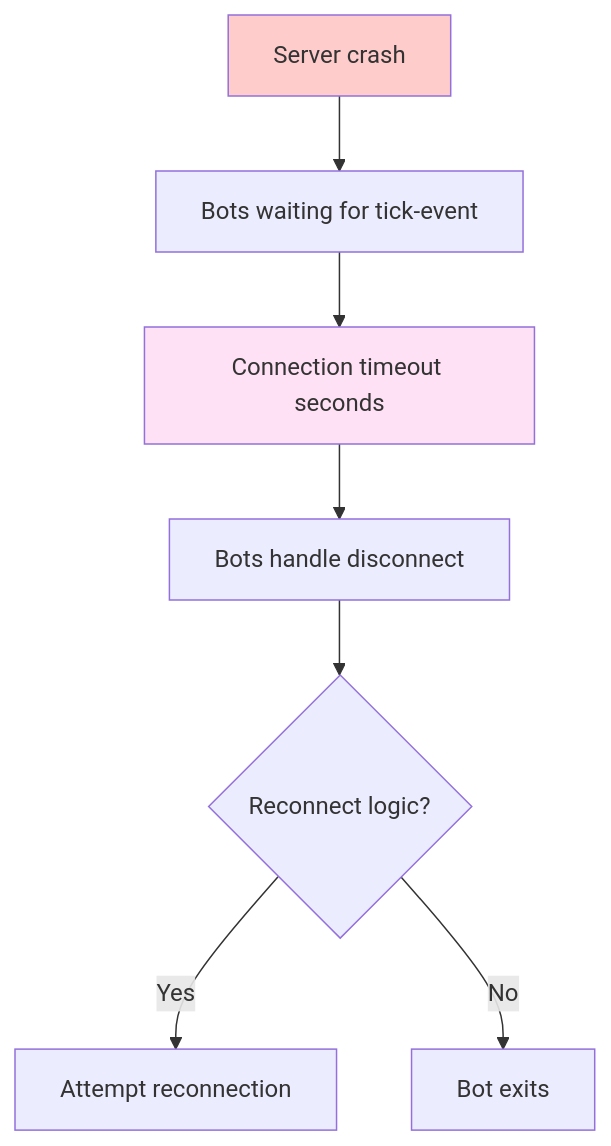
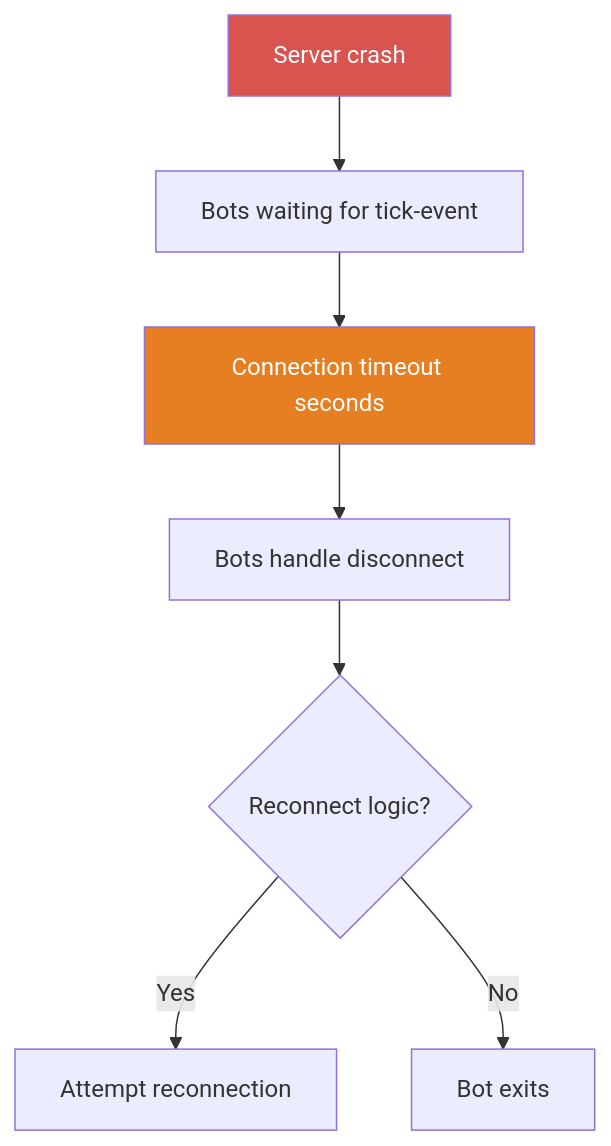
One commit to robocode-dev/tank-royale changed the tenth of 11 diagrams in docs-internal/architecture/models/flows/battle-lifecycle.md. Above: the diagram before and after it, drawn with Mermaid. The commit also changed other lines of this file and 5 other files, not shown here.

First line of the commit message:
docs(internal): update sequence diagrams for v0.40.x and issue #202 fixes

````diff
--- a/docs-internal/architecture/models/flows/battle-lifecycle.md
+++ b/docs-internal/architecture/models/flows/battle-lifecycle.md
@@ -433,12 +510,12 @@
 ```mermaid
 flowchart TD
     A[Server crash] --> B[Bots waiting for tick-event]
     B --> C[Connection timeout seconds]
     C --> D[Bots handle disconnect]
     D --> E{Reconnect logic?}
     E -->|Yes| F[Attempt reconnection]
     E -->|No| G[Bot exits]
     
-    style A fill:#FFCCCC
-    style C fill:#FFE1F5
+    style A fill:#D9534F,color:#fff
+    style C fill:#E67E22,color:#fff
 ```
````
